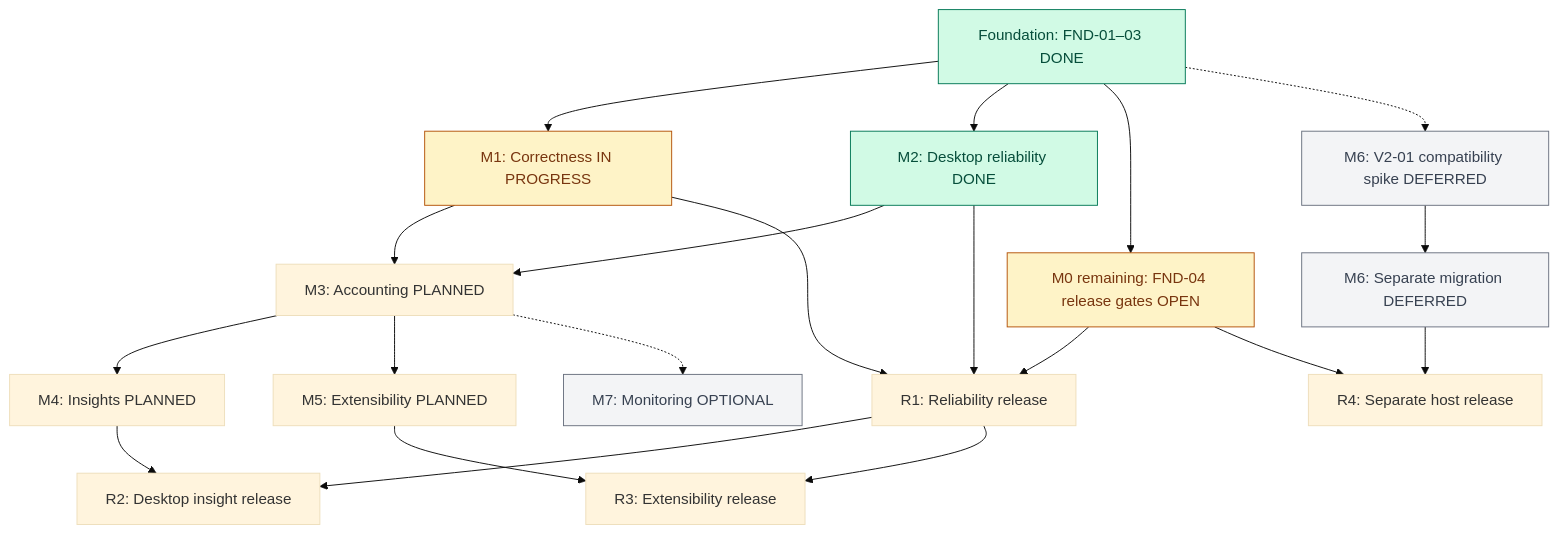
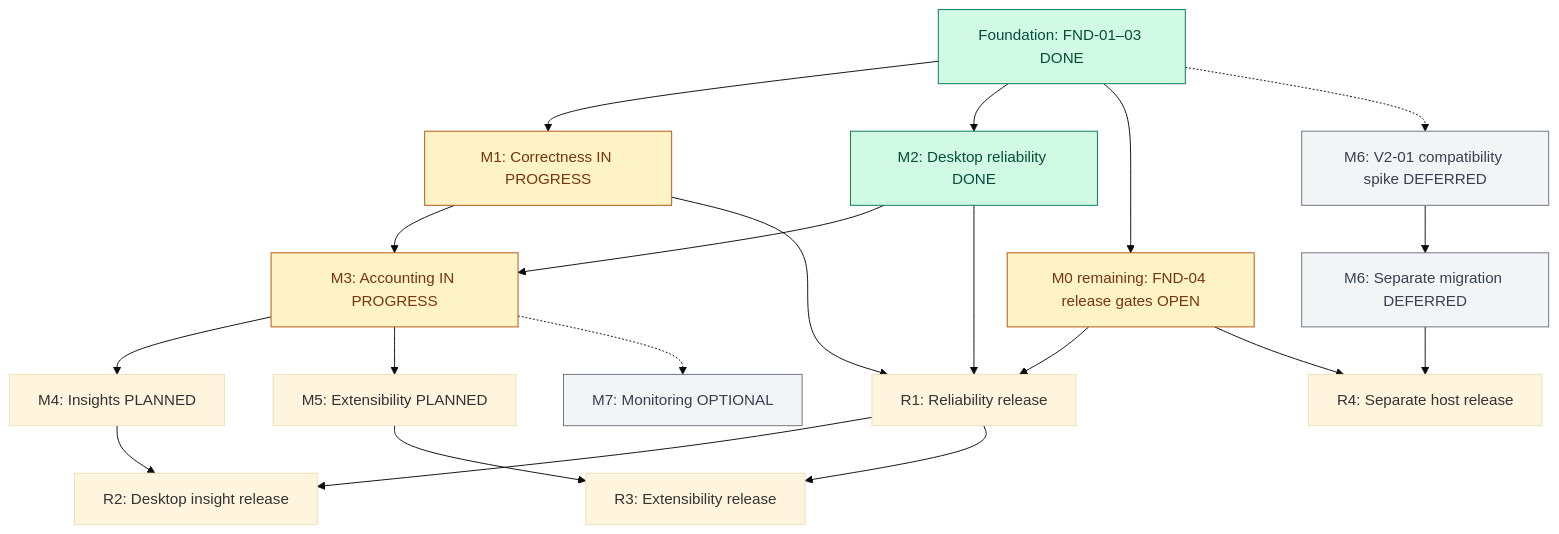
One commit to slkiser/opencode-quota changed the first of 2 diagrams in docs/UPSTREAM_DELIVERY_PLAN.md. Above: the diagram before and after it, drawn with Mermaid (base theme). The commit also changed other lines of this file and 16 other files, not shown here.

````diff
--- a/docs/UPSTREAM_DELIVERY_PLAN.md
+++ b/docs/UPSTREAM_DELIVERY_PLAN.md
@@ -145,28 +145,28 @@
 ```mermaid
 flowchart TD
   FND["Foundation: FND-01–03 DONE"] --> M1["M1: Correctness IN PROGRESS"]
   FND --> M2["M2: Desktop reliability DONE"]
   FND --> PUB["M0 remaining: FND-04 release gates OPEN"]
-  M1 --> M3["M3: Accounting PLANNED"]
+  M1 --> M3["M3: Accounting IN PROGRESS"]
   M2 --> M3
   M3 --> M4["M4: Insights PLANNED"]
   M3 --> M5["M5: Extensibility PLANNED"]
   M3 -.-> M7["M7: Monitoring OPTIONAL"]
   FND -.-> SPIKE["M6: V2-01 compatibility spike DEFERRED"]
   SPIKE --> V2["M6: Separate migration DEFERRED"]
   M1 --> R1["R1: Reliability release"]
   M2 --> R1
   PUB --> R1
   M4 --> R2["R2: Desktop insight release"]
   R1 --> R2
   M5 --> R3["R3: Extensibility release"]
   R1 --> R3
   V2 --> R4["R4: Separate host release"]
   PUB --> R4
   classDef done fill:#d1fae5,stroke:#047857,color:#064e3b;
   classDef active fill:#fef3c7,stroke:#b45309,color:#78350f;
   classDef optional fill:#f3f4f6,stroke:#6b7280,color:#374151;
   class FND,M2 done;
-  class M1,PUB active;
+  class M1,M3,PUB active;
   class M7,SPIKE,V2 optional;
 ```
````
